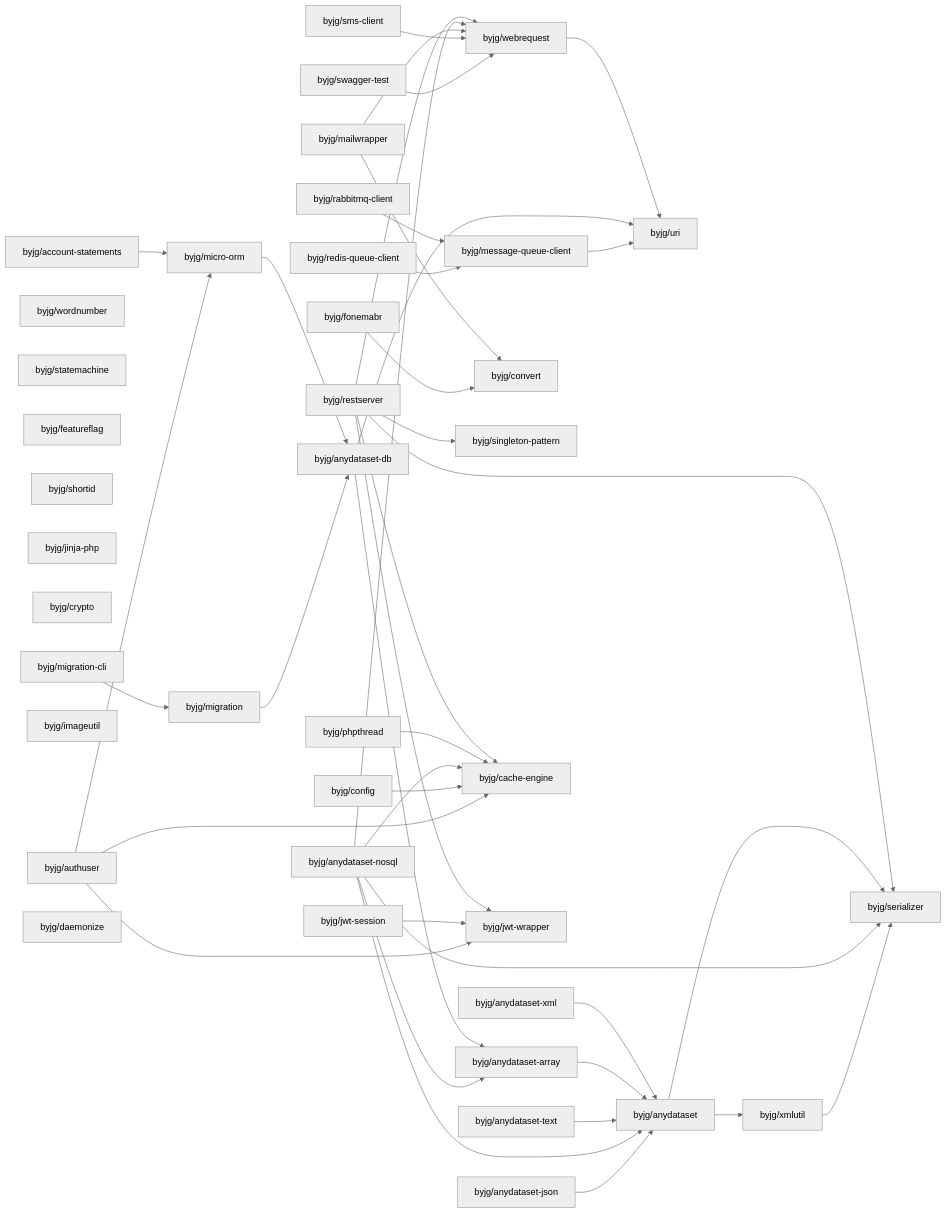
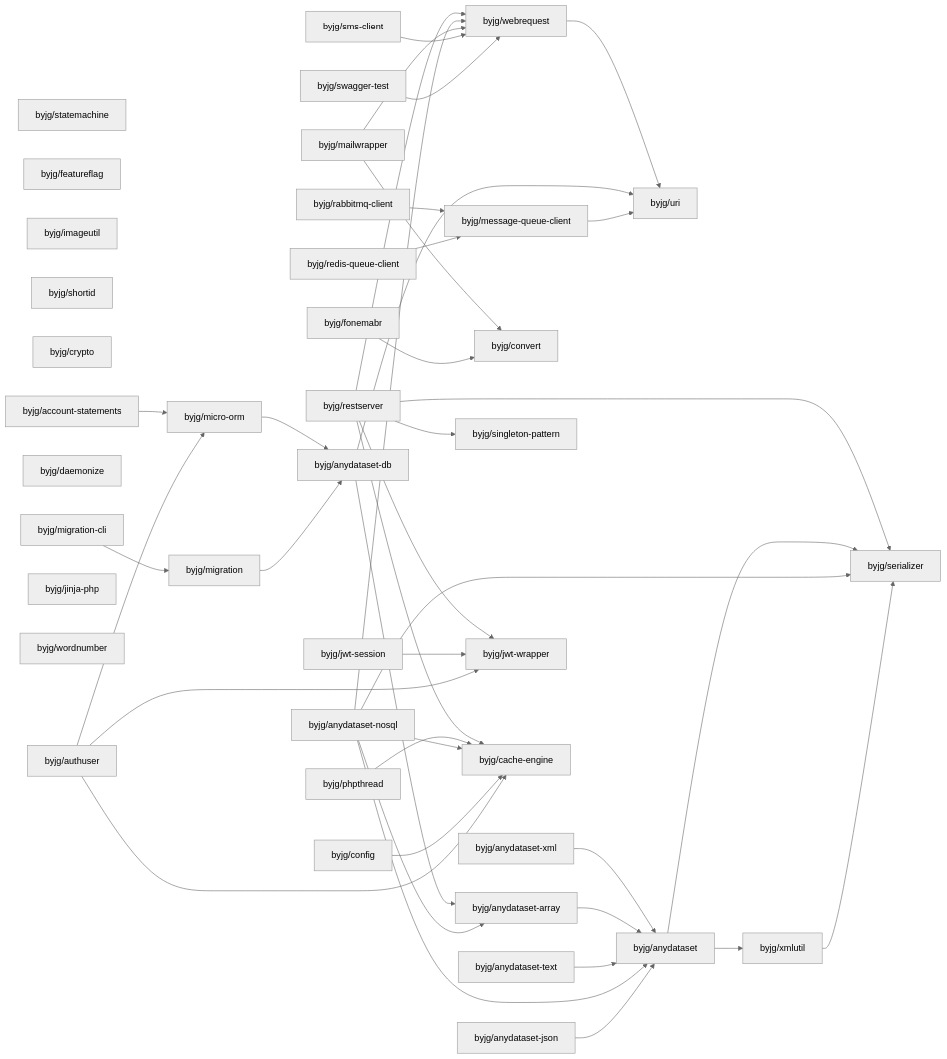
Before and after one commit to byjg/byjg.github.io: the diagram in docs/php/README.md, drawn with Mermaid (neutral theme). The commit also changed other lines of this file, not shown here.

Commit message:
Update documentation 'php' 'php-migration'

````diff
--- a/docs/php/README.md
+++ b/docs/php/README.md
@@ -3,80 +3,80 @@
 ```mermaid
 graph LR;
+  byjg/fonemabr;
+  byjg/statemachine;
+  byjg/jwt-session;
+  byjg/rabbitmq-client;
+  byjg/anydataset-nosql;
+  byjg/mailwrapper;
+  byjg/anydataset-text;
   byjg/swagger-test;
-  byjg/rabbitmq-client;
+  byjg/featureflag;
+  byjg/imageutil;
+  byjg/shortid;
+  byjg/crypto;
+  byjg/sms-client;
   byjg/migration-cli;
+  byjg/daemonize;
+  byjg/authuser;
+  byjg/jinja-php;
+  byjg/redis-queue-client;
+  byjg/restserver;
+  byjg/config;
+  byjg/wordnumber;
   byjg/phpthread;
-  byjg/wordnumber;
-  byjg/statemachine;
-  byjg/config;
-  byjg/featureflag;
-  byjg/sms-client;
-  byjg/mailwrapper;
+  byjg/account-statements;
+  byjg/anydataset-json;
   byjg/anydataset-xml;
-  byjg/fonemabr;
-  byjg/shortid;
-  byjg/jwt-session;
-  byjg/restserver;
-  byjg/jinja-php;
-  byjg/anydataset-text;
-  byjg/crypto;
-  byjg/anydataset-nosql;
-  byjg/anydataset-json;
-  byjg/account-statements;
-  byjg/imageutil;
-  byjg/authuser;
-  byjg/daemonize;
-  byjg/redis-queue-client;
+  byjg/convert;
   byjg/migration;
-  byjg/convert;
+  byjg/message-queue-client;
   byjg/singleton-pattern;
   byjg/webrequest;
+  byjg/jwt-wrapper;
+  byjg/cache-engine;
   byjg/micro-orm;
-  byjg/cache-engine;
-  byjg/jwt-wrapper;
-  byjg/message-queue-client;
   byjg/anydataset-db;
   byjg/anydataset-array;
   byjg/uri;
   byjg/anydataset;
   byjg/xmlutil;
   byjg/serializer;
   byjg/migration --> byjg/anydataset-db;
   byjg/fonemabr --> byjg/convert;
   byjg/swagger-test --> byjg/webrequest;
   byjg/authuser --> byjg/micro-orm;
   byjg/authuser --> byjg/cache-engine;
   byjg/authuser --> byjg/jwt-wrapper;
   byjg/config --> byjg/cache-engine;
   byjg/message-queue-client --> byjg/uri;
   byjg/sms-client --> byjg/webrequest;
   byjg/xmlutil --> byjg/serializer;
   byjg/anydataset-json --> byjg/anydataset;
   byjg/mailwrapper --> byjg/convert;
   byjg/mailwrapper --> byjg/webrequest;
   byjg/anydataset-nosql --> byjg/anydataset;
   byjg/anydataset-nosql --> byjg/anydataset-array;
   byjg/anydataset-nosql --> byjg/serializer;
   byjg/anydataset-nosql --> byjg/webrequest;
   byjg/anydataset-nosql --> byjg/cache-engine;
   byjg/migration-cli --> byjg/migration;
   byjg/redis-queue-client --> byjg/message-queue-client;
   byjg/jwt-session --> byjg/jwt-wrapper;
   byjg/anydataset --> byjg/serializer;
   byjg/anydataset --> byjg/xmlutil;
   byjg/anydataset-db --> byjg/anydataset-array;
   byjg/anydataset-db --> byjg/uri;
   byjg/phpthread --> byjg/cache-engine;
   byjg/anydataset-text --> byjg/anydataset;
   byjg/restserver --> byjg/serializer;
   byjg/restserver --> byjg/singleton-pattern;
   byjg/restserver --> byjg/cache-engine;
   byjg/restserver --> byjg/webrequest;
   byjg/restserver --> byjg/jwt-wrapper;
   byjg/account-statements --> byjg/micro-orm;
   byjg/webrequest --> byjg/uri;
   byjg/micro-orm --> byjg/anydataset-db;
   byjg/anydataset-array --> byjg/anydataset;
   byjg/anydataset-xml --> byjg/anydataset;
   byjg/rabbitmq-client --> byjg/message-queue-client;
 ```
````
